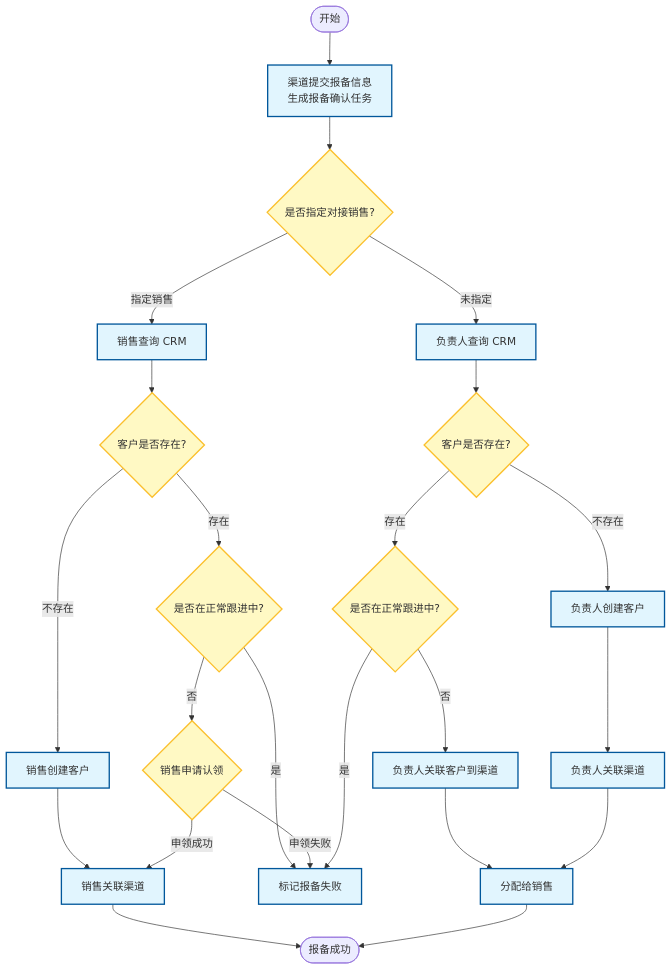
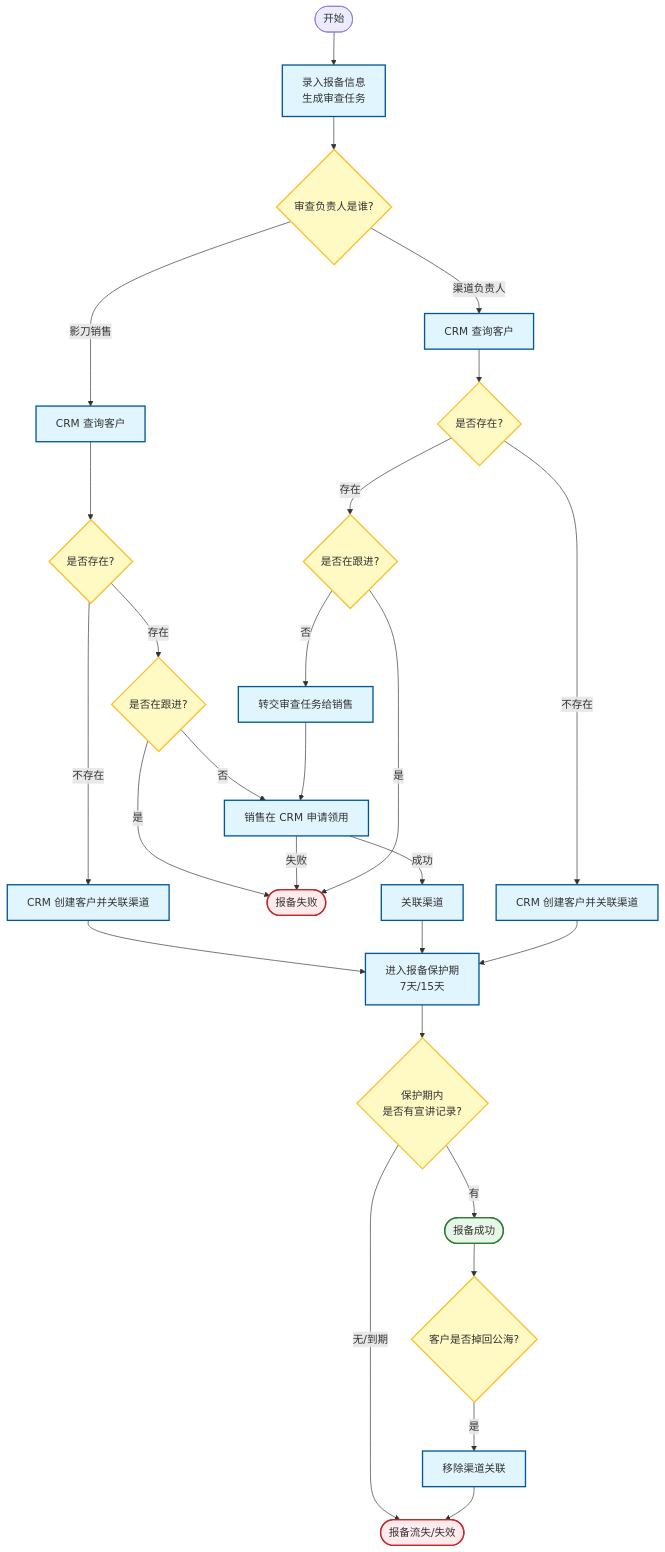
Before and after one commit to njwander/channel-demo: the fourth of 17 diagrams in docs/渠道管理系统-PRD.md, drawn with Mermaid. The commit also changed other lines of this file and 3 other files, not shown here.

````diff
--- a/docs/渠道管理系统-PRD.md
+++ b/docs/渠道管理系统-PRD.md
@@ -177,52 +183,50 @@
 ```mermaid
 graph TD
-    Start([开始]) --> Submit[渠道提交报备信息<br>生成报备确认任务]
+    Start([开始]) --> Submit[录入报备信息<br>生成审查任务]
+    Submit --> ReviewerCheck{审查负责人是谁?}
+    
+    ReviewerCheck -- 影刀销售 --> S_Search[CRM 查询客户]
+    ReviewerCheck -- 渠道负责人 --> M_Search[CRM 查询客户]
+    
+    S_Search --> S_Exist{是否存在?}
+    S_Exist -- 不存在 --> S_Create[CRM 创建客户并关联渠道]
+    S_Exist -- 存在 --> S_Following{是否在跟进?}
+    
+    S_Following -- 是 --> Fail([报备失败])
+    S_Following -- 否 --> S_Claim[销售在 CRM 申请领用]
+    S_Claim -- 失败 --> Fail
+    S_Claim -- 成功 --> S_Link[关联渠道]
+    
+    M_Search --> M_Exist{是否存在?}
+    M_Exist -- 不存在 --> M_Create[CRM 创建客户并关联渠道]
+    M_Exist -- 存在 --> M_Following{是否在跟进?}
+    
+    M_Following -- 是 --> Fail
+    M_Following -- 否 --> M_Transfer[转交审查任务给销售]
+    M_Transfer --> S_Claim
 
-    Submit --> CheckSpec{是否指定对接销售?}
+    %% 关联后的流程 (规则 6 & 7)
+    S_Create --> Protect[进入报备保护期<br>7天/15天]
+    S_Link --> Protect
+    M_Create --> Protect
     
-    %% --- 左侧分支：销售处理 ---
-        CheckSpec -- 指定销售 --> S_CheckCRM[销售查询 CRM]
-        S_CheckCRM --> S_IsExist{客户是否存在?}
-        
-        %% 销售-客户不存在 (规则 3)
-        S_IsExist -- 不存在 --> S_Create[销售创建客户]
-        S_Create --> S_Link[销售关联渠道]
-        
-        %% 销售-客户存在 (规则 4, 5)
-        S_IsExist -- 存在 --> S_CheckStatus{是否在正常跟进中?}
-        S_CheckStatus -- 是 --> ManualFail[标记报备失败]
-        S_CheckStatus -- 否 --> S_Apply{销售申请认领}
-        
-        S_Apply -- 申领成功 --> S_Link
-        S_Apply -- 申领失败 --> ManualFail
+    Protect --> PitchCheck{保护期内<br>是否有宣讲记录?}
+    PitchCheck -- 有 --> Success([报备成功])
+    PitchCheck -- 无/到期 --> Loss([报备流失/失效])
+    
+    %% 掉库逻辑 (规则 9)
+    Success --> DropCheck{客户是否掉回公海?}
+    DropCheck -- 是 --> RemoveLink[移除渠道关联]
+    RemoveLink --> Loss
 
-    %% --- 右侧分支：渠道负责人处理 ---
-        CheckSpec -- 未指定 --> M_CheckCRM[负责人查询 CRM]
-        M_CheckCRM --> M_IsExist{客户是否存在?}
-        
-        %% 负责人-客户不存在 (规则 3)
-        M_IsExist -- 不存在 --> M_Create[负责人创建客户]
-        M_Create --> M_Link[负责人关联渠道]
-        
-        %% 负责人-客户存在 (规则 4, 5)
-        M_IsExist -- 存在 --> M_CheckStatus{是否在正常跟进中?}
-        M_CheckStatus -- 是 --> ManualFail
-        
-        %% 负责人-公海/沉寂客户处理 (规则 5)
-        M_CheckStatus -- 否 --> M_LinkExisting[负责人关联客户到渠道]
-        M_LinkExisting --> M_Assign[分配给销售]
-
-    %% --- 结果汇总 (规则 6) ---
-    S_Link --> Success([报备成功])
-    M_Link --> M_Assign
-    M_Assign --> Success
-    
-    %% --- 样式定义 ---
+    %% 样式定义
     classDef process fill:#e1f5fe,stroke:#01579b,stroke-width:2px;
     classDef decision fill:#fff9c4,stroke:#fbc02d,stroke-width:2px;
     classDef terminator fill:#e8f5e9,stroke:#2e7d32,stroke-width:2px,rx:10,ry:10;
     classDef failNode fill:#ffebee,stroke:#c62828,stroke-width:2px,rx:10,ry:10;
 
-    class Submit,S_CheckCRM,S_Create,S_Link,M_CheckCRM,M_Create,M_Link,M_LinkExisting,M_Assign,AutoFail,ManualFail process;
-    class CheckTimeout,CheckSpec,S_IsExist,S_CheckStatus,S_Apply,M_IsExist,M_CheckStatus decision;
+    class Submit,S_Search,M_Search,S_Create,S_Link,M_Create,M_Transfer,S_Claim,Protect,RemoveLink process;
+    class ReviewerCheck,S_Exist,S_Following,M_Exist,M_Following,PitchCheck,DropCheck decision;
+    class Success terminator;
+    class Fail,Loss failNode;
 ```
````
